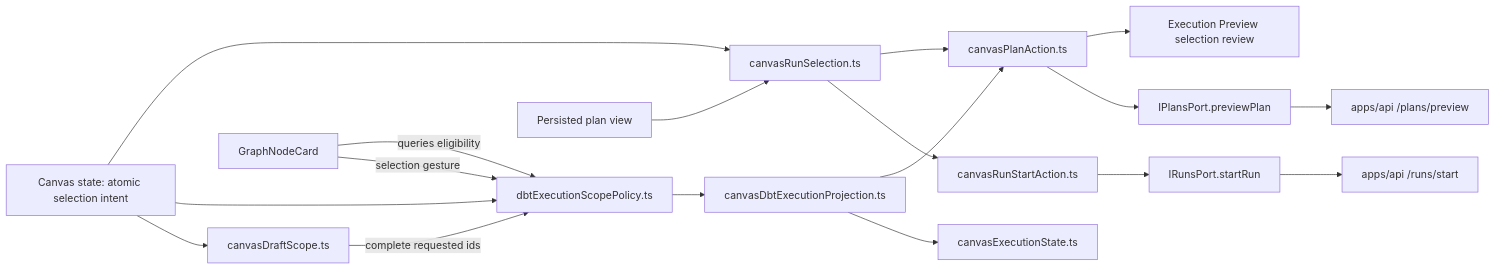
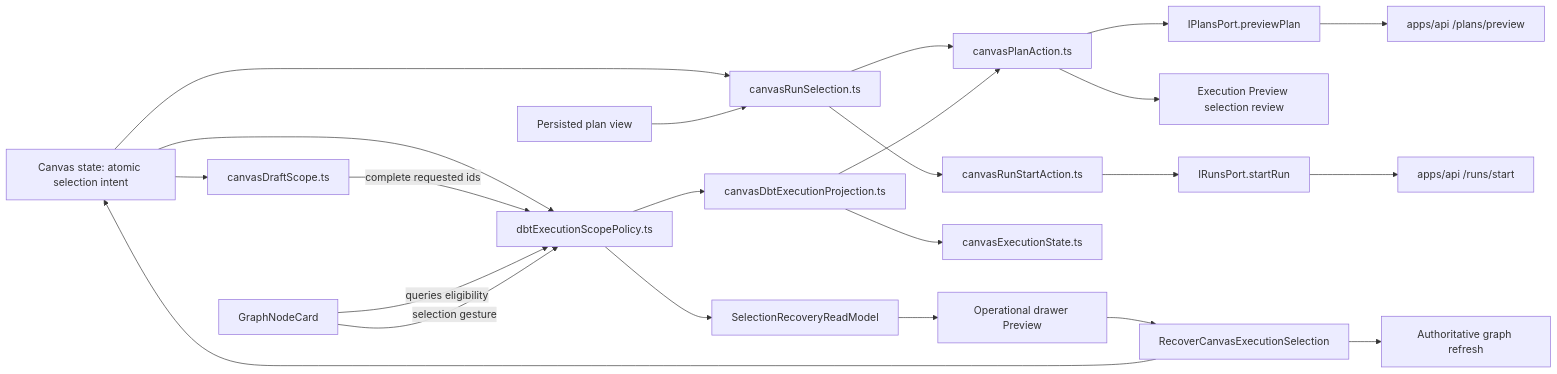
Before and after one commit to dunay2/dvt: the first of 6 diagrams in docs/architecture/components/web/graph/canvas-execution-selection-component.md, drawn with Mermaid. The commit also changed other lines of this file and 63 other files, not shown here.

Commit message:
feat(web): Add explicit DBT execution selection recovery

````diff
--- a/docs/architecture/components/web/graph/canvas-execution-selection-component.md
+++ b/docs/architecture/components/web/graph/canvas-execution-selection-component.md
@@ -137,20 +157,25 @@
 ```mermaid
 flowchart LR
   Canvas["Canvas state: atomic selection intent"] --> Selection["canvasRunSelection.ts"]
   Canvas --> DbtPolicy["dbtExecutionScopePolicy.ts"]
   Canvas --> DraftScope["canvasDraftScope.ts"]
   DraftScope -->|complete requested ids| DbtPolicy
   Card["GraphNodeCard"] -->|queries eligibility| DbtPolicy
   Card -->|selection gesture| DbtPolicy
   Plan["Persisted plan view"] --> Selection
   Selection --> Preview["canvasPlanAction.ts"]
   DbtPolicy --> Projection["canvasDbtExecutionProjection.ts"]
+  DbtPolicy --> RecoveryQuery["SelectionRecoveryReadModel"]
+  RecoveryQuery --> Drawer["Operational drawer Preview"]
+  Drawer --> RecoveryCommand["RecoverCanvasExecutionSelection"]
+  RecoveryCommand --> Canvas
+  RecoveryCommand --> AuthorityRefresh["Authoritative graph refresh"]
   Projection --> Preview
   Preview --> Review["Execution Preview selection review"]
   Projection --> Readiness["canvasExecutionState.ts"]
   Selection --> Run["canvasRunStartAction.ts"]
   Preview --> PlansPort["IPlansPort.previewPlan"]
   Run --> RunsPort["IRunsPort.startRun"]
   PlansPort --> Api["apps/api /plans/preview"]
   RunsPort --> ApiStart["apps/api /runs/start"]
 ```
````
